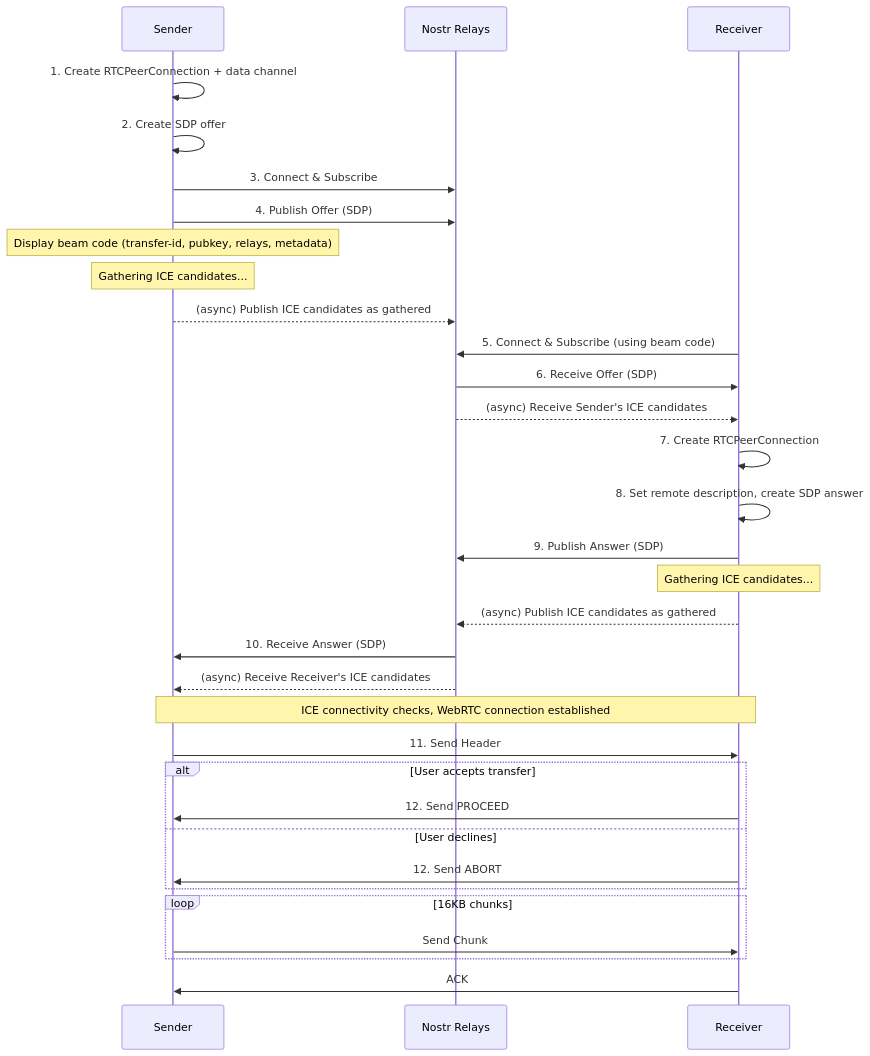
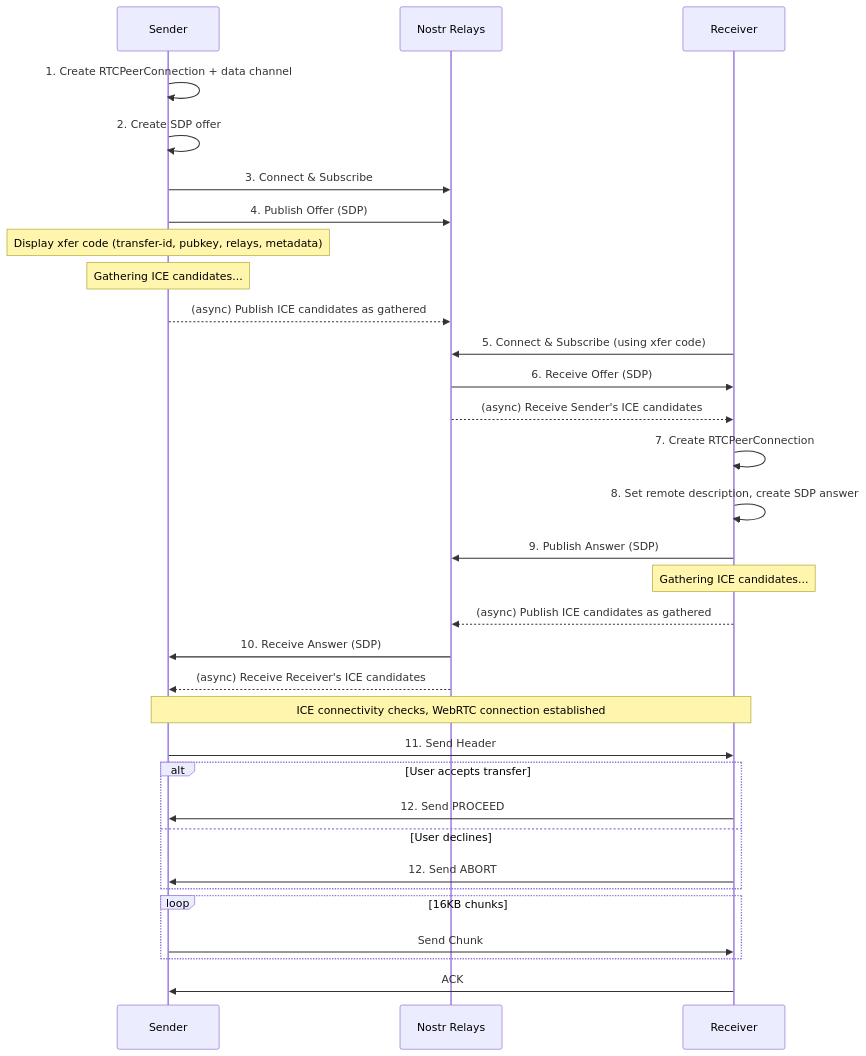
The first of 2 diagrams in docs/ARCHITECTURE.md (andrewtheguy/beam-rs-webrtc), drawn with Mermaid before and after one commit. The commit also changed other lines of this file and 23 other files, not shown here.

````diff
--- a/docs/ARCHITECTURE.md
+++ b/docs/ARCHITECTURE.md
@@ -24,45 +24,45 @@
 ```mermaid
 sequenceDiagram
     participant Sender
     participant Nostr as Nostr Relays
     participant Receiver
 
     Sender->>Sender: 1. Create RTCPeerConnection + data channel
     Sender->>Sender: 2. Create SDP offer
     Sender->>Nostr: 3. Connect & Subscribe
     Sender->>Nostr: 4. Publish Offer (SDP)
 
-    Note over Sender: Display beam code (transfer-id, pubkey, relays, metadata)
+    Note over Sender: Display xfer code (transfer-id, pubkey, relays, metadata)
     Note over Sender: Gathering ICE candidates...
 
     Sender-->>Nostr: (async) Publish ICE candidates as gathered
 
-    Receiver->>Nostr: 5. Connect & Subscribe (using beam code)
+    Receiver->>Nostr: 5. Connect & Subscribe (using xfer code)
     Nostr->>Receiver: 6. Receive Offer (SDP)
     Nostr-->>Receiver: (async) Receive Sender's ICE candidates
 
     Receiver->>Receiver: 7. Create RTCPeerConnection
     Receiver->>Receiver: 8. Set remote description, create SDP answer
     Receiver->>Nostr: 9. Publish Answer (SDP)
 
     Note over Receiver: Gathering ICE candidates...
     Receiver-->>Nostr: (async) Publish ICE candidates as gathered
 
     Nostr->>Sender: 10. Receive Answer (SDP)
     Nostr-->>Sender: (async) Receive Receiver's ICE candidates
 
     Note over Sender,Receiver: ICE connectivity checks, WebRTC connection established
 
     Sender->>Receiver: 11. Send Header
     alt User accepts transfer
         Receiver->>Sender: 12. Send PROCEED
     else User declines
         Receiver->>Sender: 12. Send ABORT
     end
 
     loop 16KB chunks
         Sender->>Receiver: Send Chunk
     end
 
     Receiver->>Sender: ACK
 ```
````
